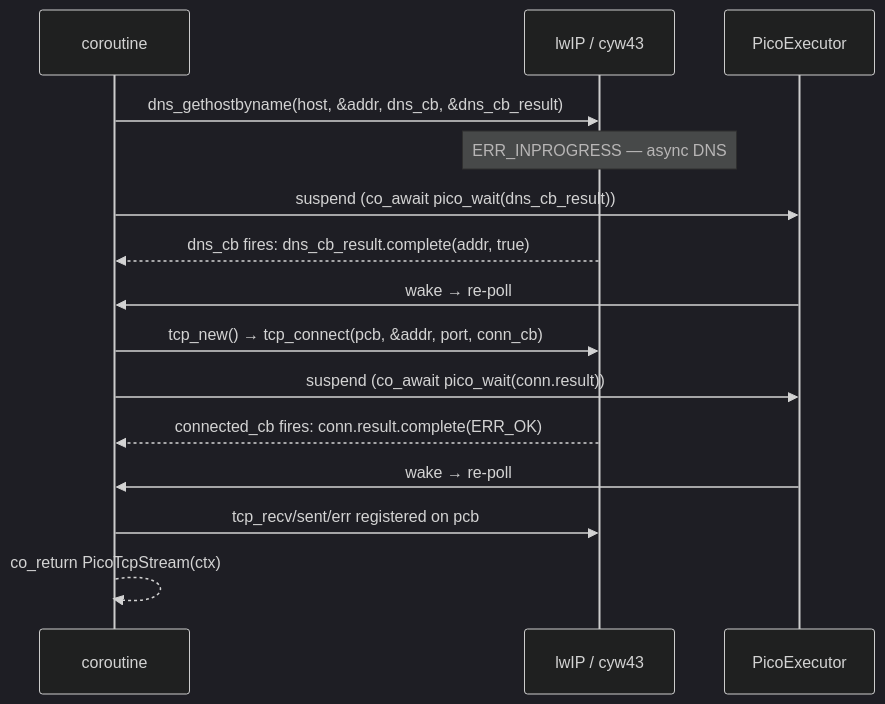
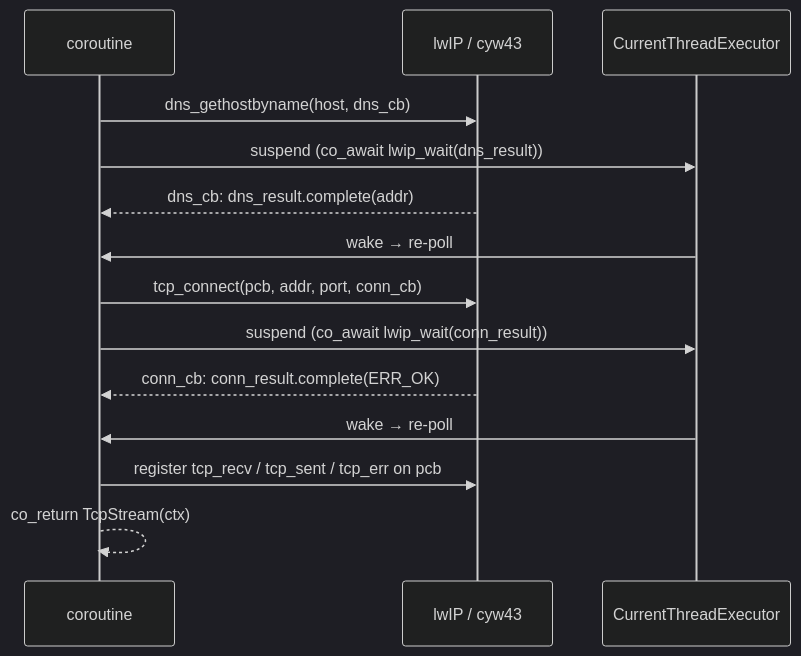
The fourth of 4 diagrams in doc/pico_port.md (bts164/coro), drawn with Mermaid (dark theme) before and after one commit. The commit also changed other lines of this file and 45 other files, not shown here.

Commit message:
Working pico port including a tcp echo server & client

````diff
--- a/doc/pico_port.md
+++ b/doc/pico_port.md
@@ -216,20 +277,19 @@
 ```mermaid
 sequenceDiagram
     participant C as coroutine
     participant L as lwIP / cyw43
-    participant E as PicoExecutor
+    participant E as CurrentThreadExecutor
 
-    C->>L: dns_gethostbyname(host, &addr, dns_cb, &dns_cb_result)
-    Note over L: ERR_INPROGRESS — async DNS
-    C->>E: suspend (co_await pico_wait(dns_cb_result))
-    L-->>C: dns_cb fires: dns_cb_result.complete(addr, true)
+    C->>L: dns_gethostbyname(host, dns_cb)
+    C->>E: suspend (co_await lwip_wait(dns_result))
+    L-->>C: dns_cb: dns_result.complete(addr)
     E->>C: wake → re-poll
 
-    C->>L: tcp_new() → tcp_connect(pcb, &addr, port, conn_cb)
-    C->>E: suspend (co_await pico_wait(conn.result))
-    L-->>C: connected_cb fires: conn.result.complete(ERR_OK)
+    C->>L: tcp_connect(pcb, addr, port, conn_cb)
+    C->>E: suspend (co_await lwip_wait(conn_result))
+    L-->>C: conn_cb: conn_result.complete(ERR_OK)
     E->>C: wake → re-poll
 
-    C->>L: tcp_recv/sent/err registered on pcb
-    C-->>C: co_return PicoTcpStream(ctx)
+    C->>L: register tcp_recv / tcp_sent / tcp_err on pcb
+    C-->>C: co_return TcpStream(ctx)
 ```
````
